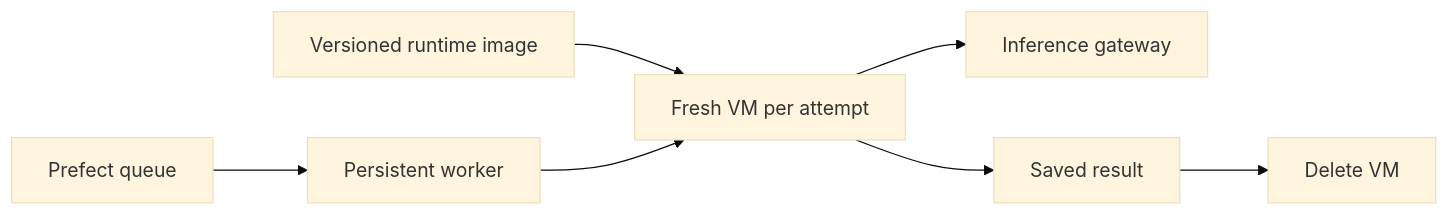
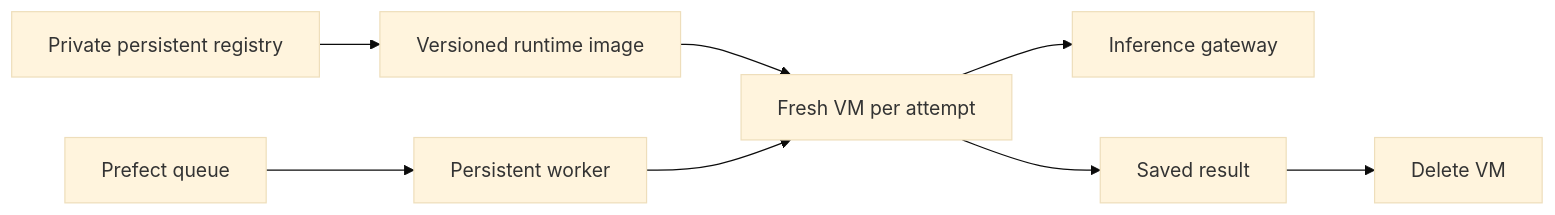
One commit to zzstoatzz/my-prefect-server changed the diagram in docs/spikes/gardener-startup.md. Above: the diagram before and after it, drawn with Mermaid (base theme). The commit also changed other lines of this file and 12 other files, not shown here.

````diff
--- a/docs/spikes/gardener-startup.md
+++ b/docs/spikes/gardener-startup.md
@@ -8,9 +9,10 @@
 ```mermaid
 flowchart LR
     P[Prefect queue] --> W[Persistent worker]
     I[Versioned runtime image] --> V[Fresh VM per attempt]
+    Rg[Private persistent registry] --> I
     W --> V
     V --> G[Inference gateway]
     V --> R[Saved result]
     R --> D[Delete VM]
 ```
````
